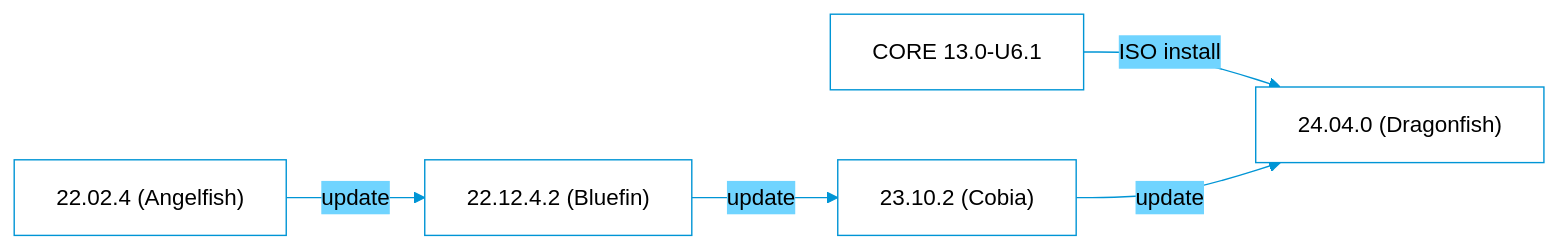
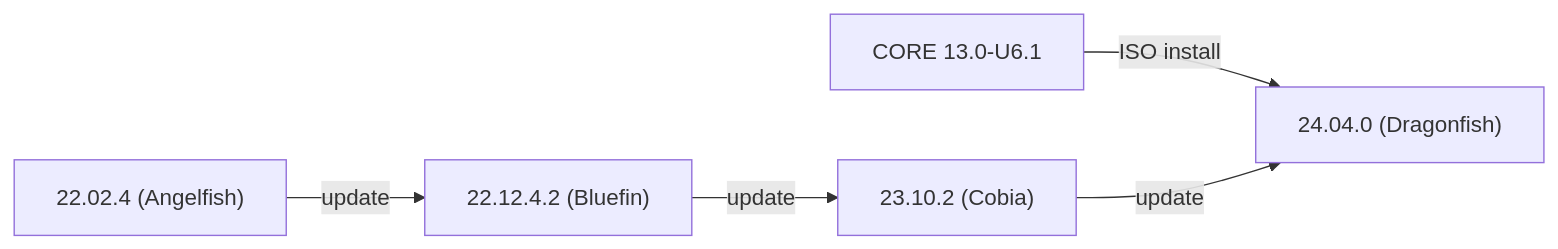
One commit to truenas/documentation changed the first of 2 diagrams in static/includes/SCALEUpgradePaths.md. Above: the diagram before and after it, drawn with Mermaid. The commit also changed other lines of this file, not shown here.

```diff
--- a/static/includes/SCALEUpgradePaths.md
+++ b/static/includes/SCALEUpgradePaths.md
@@ -3,24 +12,8 @@
-{{< mermaid class="mermaid_sizing" >}}
-%%{
-  init: {
-    'theme': 'base',
-    'themeVariables': {
-      'primaryColor': '#FFFFFF',
-      'primaryTextColor': '#000000',
-      'primaryBorderColor': '#0095d5',
-      'secondaryColor': '#70d4ff',
-      'lineColor': '#0095d5',
-      'secondaryTextColor': '#FFFFFF',
-      'tertiaryColor': '#0095d5'
-    }
-  }
-}%%
-
-flowchart LR
-
-A["22.02.4 (Angelfish)"] -->|update| C
-B[CORE 13.0-U6.1] -->|ISO install| E
-C["22.12.4.2 (Bluefin)"] -->|update| D
-D["23.10.2 (Cobia)"] -->|update| E
-E["24.04.0 (Dragonfish)"]
-{{< /mermaid >}}
+      {{< mermaid class="mermaid_sizing" >}}
+      flowchart LR
+        A["22.02.4 (Angelfish)"] -->|update| C
+        B["CORE 13.0-U6.1"] -->|ISO install| E
+        C["22.12.4.2 (Bluefin)"] -->|update| D
+        D["23.10.2 (Cobia)"] -->|update| E
+        E["24.04.0 (Dragonfish)"]
+      {{< /mermaid >}}
```
